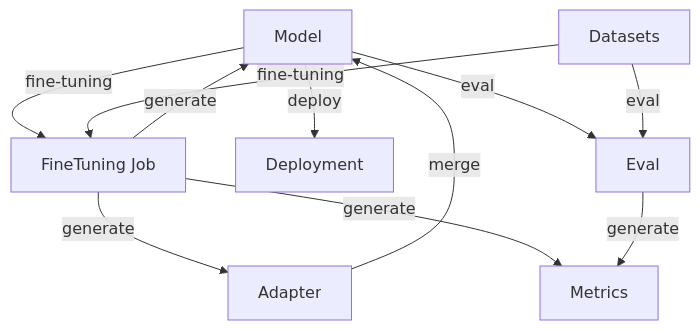
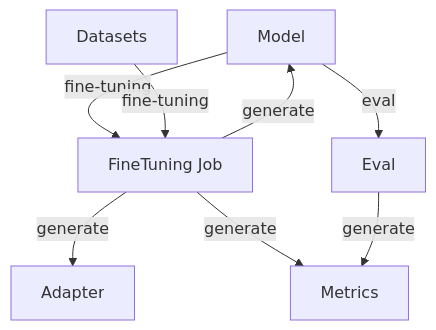
Before and after one commit to ghmbegerez/GXFTSpec: the second of 3 diagrams in spec.md, drawn with Mermaid. The commit also changed other lines of this file and 25 other files, not shown here.

````diff
--- a/spec.md
+++ b/spec.md
@@ -276,13 +260,10 @@
 ```mermaid
 graph TD
     C[Model] -->|fine-tuning| B
     A[Datasets] -->|fine-tuning| B[FineTuning Job]
     B -->|generate| C
     B -->|generate| D[Adapter]
-    C -->|deploy| E[Deployment]
-    D -->|merge| C
     B -->|generate| F[Metrics]
     C -->|eval| G[Eval]
-    A -->|eval| G
     G -->|generate| F
 ```
````
